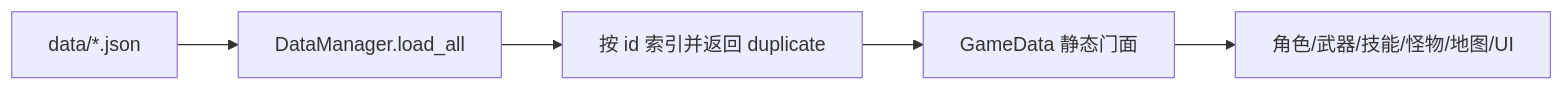
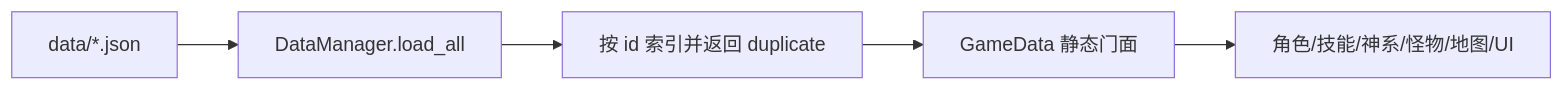
One commit to dengjunxicool-ai/roguelike_survivor changed the second of 8 diagrams in docs/PROJECT_SYSTEMS_OVERVIEW.md. Above: the diagram before and after it, drawn with Mermaid. The commit also changed other lines of this file and 57 other files, not shown here.

````diff
--- a/docs/PROJECT_SYSTEMS_OVERVIEW.md
+++ b/docs/PROJECT_SYSTEMS_OVERVIEW.md
@@ -61,7 +60,7 @@
 ```mermaid
 flowchart LR
     A["data/*.json"] --> B["DataManager.load_all"]
     B --> C["按 id 索引并返回 duplicate"]
     C --> D["GameData 静态门面"]
-    D --> E["角色/武器/技能/怪物/地图/UI"]
+    D --> E["角色/技能/神系/怪物/地图/UI"]
 ```
````
